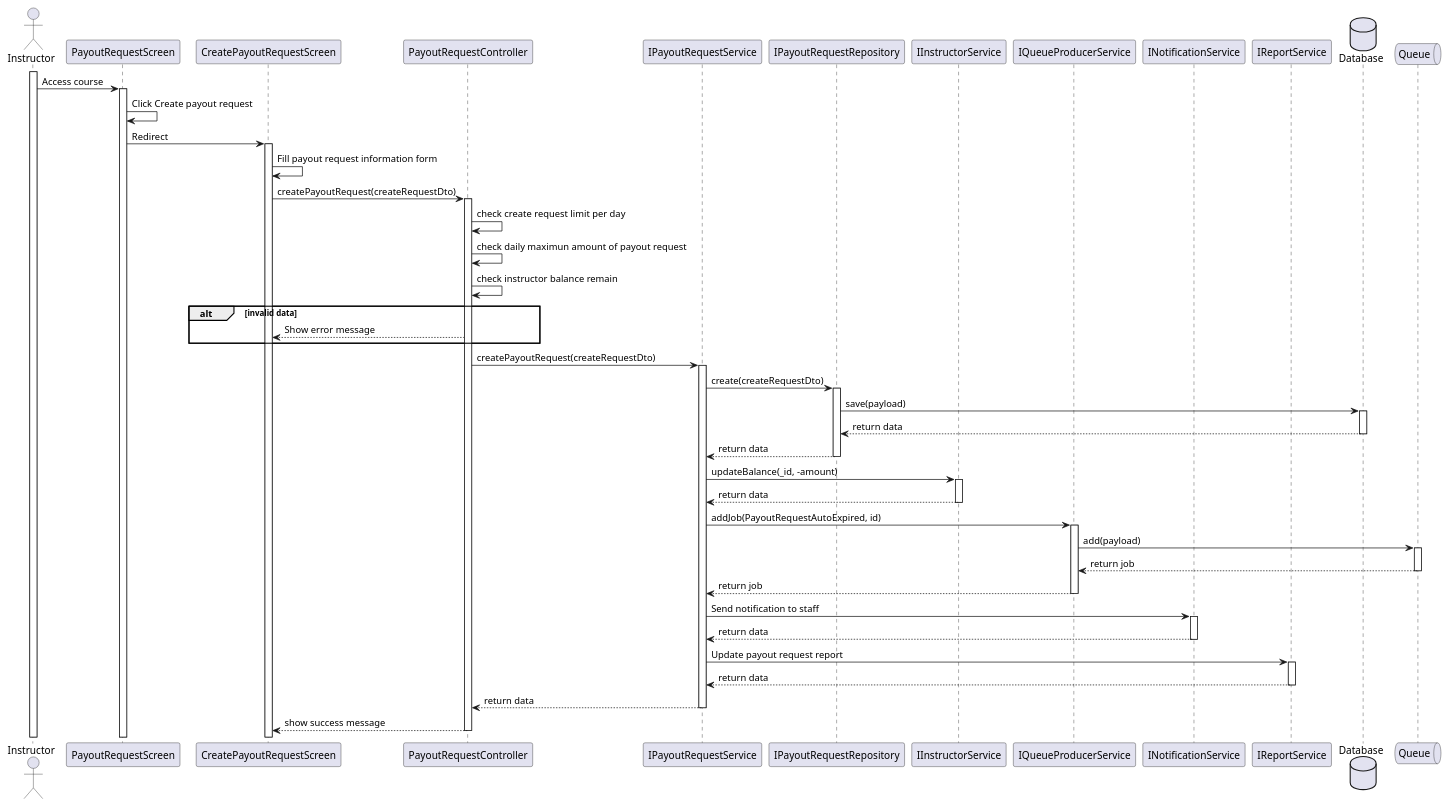
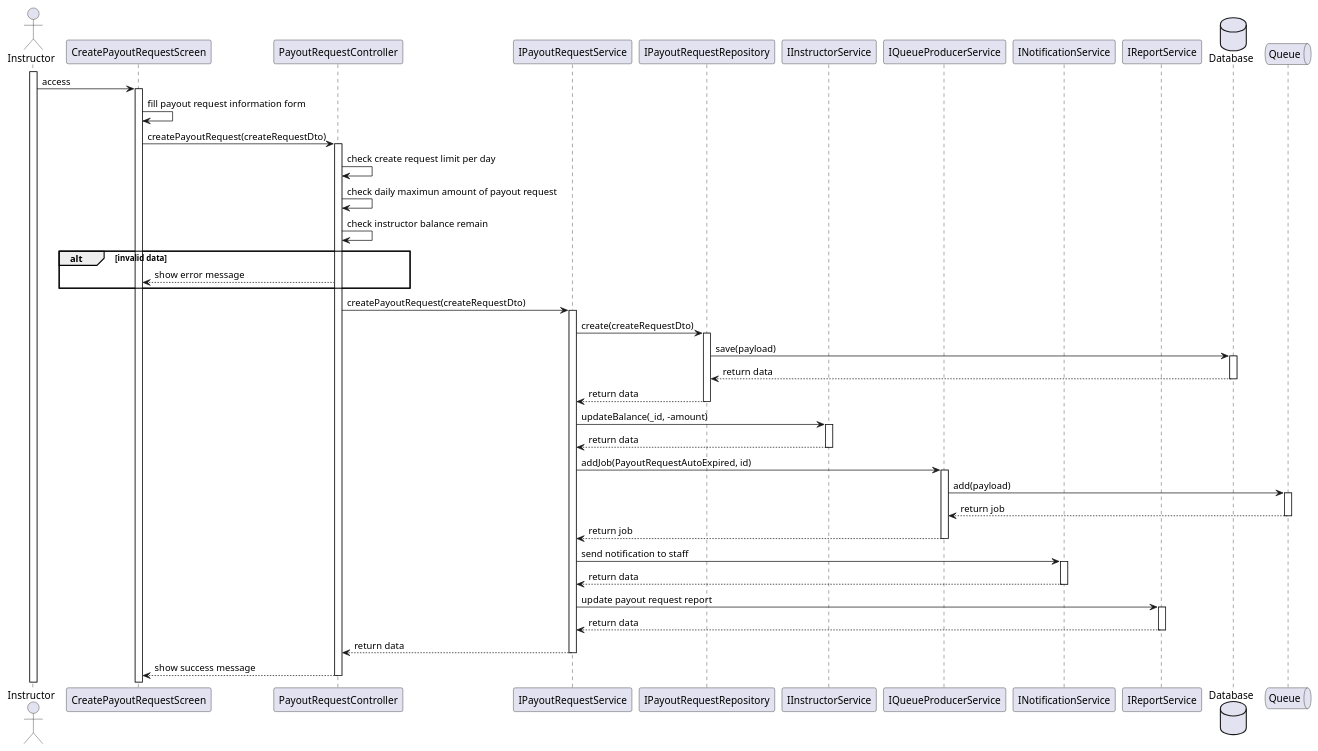
One commit to Deco-Team/orchidify-api changed the diagram in .plantuml/sequence-diagram/instructor-create-payout-request.plantuml. Above: the diagram before and after it, drawn with PlantUML. The commit also changed 17 other files, not shown here.

Commit message:
diagram: sequence update

```diff
--- a/.plantuml/sequence-diagram/instructor-create-payout-request.plantuml
+++ b/.plantuml/sequence-diagram/instructor-create-payout-request.plantuml
@@ -1,84 +1,79 @@
 @startuml
 actor Instructor
 activate Instructor
 
-participant PayoutRequestScreen
-Instructor -> PayoutRequestScreen: Access course
-activate PayoutRequestScreen
-PayoutRequestScreen -> PayoutRequestScreen: Click Create payout request
-
 participant CreatePayoutRequestScreen
-PayoutRequestScreen -> CreatePayoutRequestScreen: Redirect
+Instructor -> CreatePayoutRequestScreen: access
 activate CreatePayoutRequestScreen
-CreatePayoutRequestScreen -> CreatePayoutRequestScreen: Fill payout request information form
+CreatePayoutRequestScreen -> CreatePayoutRequestScreen: fill payout request information form
 
 participant PayoutRequestController
 CreatePayoutRequestScreen -> PayoutRequestController: createPayoutRequest(createRequestDto)
 activate PayoutRequestController
 PayoutRequestController -> PayoutRequestController: check create request limit per day
 PayoutRequestController -> PayoutRequestController: check daily maximun amount of payout request
 PayoutRequestController -> PayoutRequestController: check instructor balance remain
 
 alt invalid data
-    PayoutRequestController --> CreatePayoutRequestScreen: Show error message
+    PayoutRequestController --> CreatePayoutRequestScreen: show error message
 end
 
 participant IPayoutRequestService
 PayoutRequestController -> IPayoutRequestService: createPayoutRequest(createRequestDto)
 activate IPayoutRequestService
 
 participant IPayoutRequestRepository
 IPayoutRequestService -> IPayoutRequestRepository: create(createRequestDto)
 activate IPayoutRequestRepository
 
 database Database
 IPayoutRequestRepository -> Database: save(payload)
 activate Database
 Database --> IPayoutRequestRepository: return data
 deactivate Database
 
 IPayoutRequestRepository --> IPayoutRequestService: return data
 deactivate IPayoutRequestRepository
 
 participant IInstructorService
 IPayoutRequestService -> IInstructorService: updateBalance(_id, -amount)
 activate IInstructorService
 
 IInstructorService --> IPayoutRequestService: return data
 deactivate IInstructorService
 
 participant IQueueProducerService
 IPayoutRequestService -> IQueueProducerService: addJob(PayoutRequestAutoExpired, id)
 activate IQueueProducerService
 
 participant INotificationService
 participant IReportService
 database Database
 
 queue Queue
 IQueueProducerService -> Queue: add(payload)
 activate Queue
 Queue --> IQueueProducerService: return job
 deactivate Queue
 
 IQueueProducerService --> IPayoutRequestService: return job
 deactivate IQueueProducerService
 
-IPayoutRequestService -> INotificationService: Send notification to staff
+IPayoutRequestService -> INotificationService: send notification to staff
 activate INotificationService
 
 INotificationService --> IPayoutRequestService: return data
 deactivate INotificationService
 
-IPayoutRequestService -> IReportService: Update payout request report
+IPayoutRequestService -> IReportService: update payout request report
 activate IReportService
 
 IReportService --> IPayoutRequestService: return data
 deactivate IReportService
 
 IPayoutRequestService --> PayoutRequestController: return data
 deactivate IPayoutRequestService
 
 PayoutRequestController --> CreatePayoutRequestScreen: show success message
 deactivate PayoutRequestController
 @enduml
```
